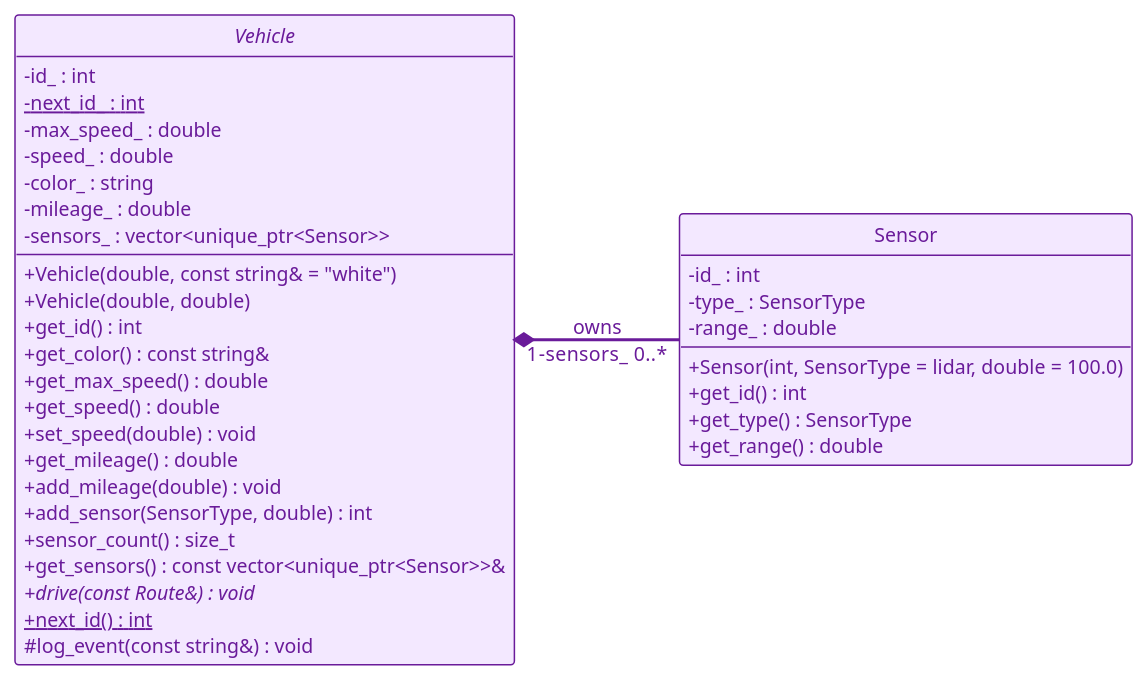
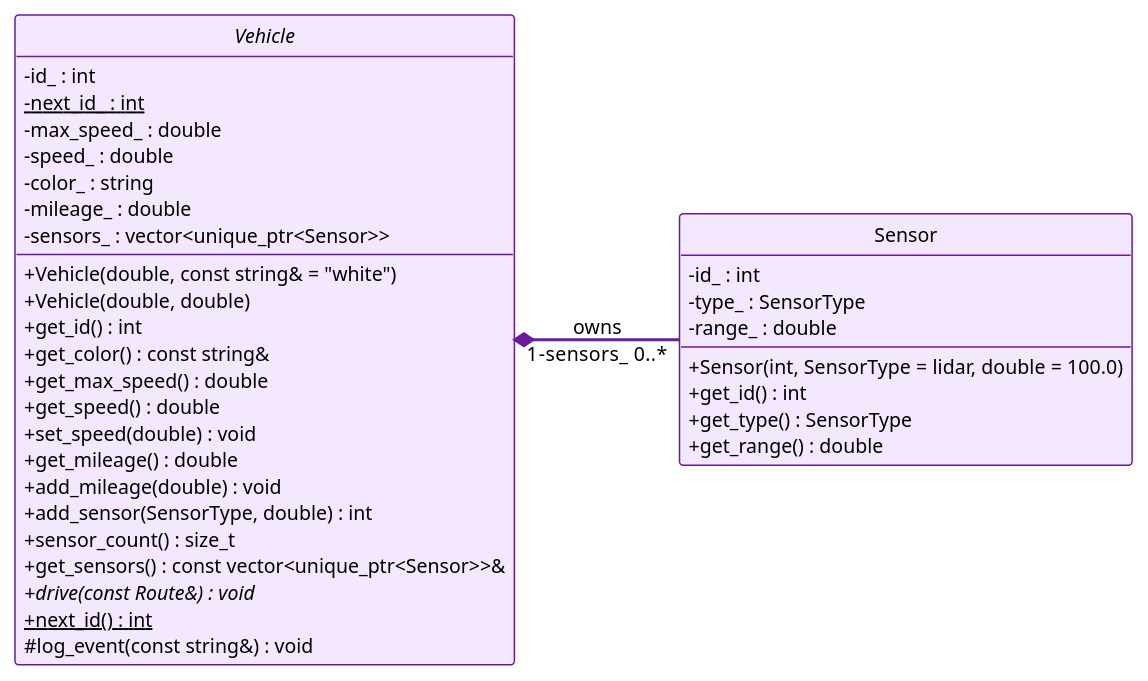
The diagram in project/week9/uml/model_l9_composition_sensor_members.plantuml (zeidk/enpm702-fall-2026-cpp), drawn with PlantUML before and after one commit. The commit also changed 39 other files, not shown here.

```diff
--- a/project/week9/uml/model_l9_composition_sensor_members.plantuml
+++ b/project/week9/uml/model_l9_composition_sensor_members.plantuml
@@ -1,53 +1,53 @@
 @startuml model_l9_composition_sensor_members
 ' Generated for the slides.
 !theme mono
 skinparam backgroundColor white
 skinparam defaultFontName "Fira Sans"
 skinparam defaultFontSize 13
 skinparam shadowing false
 skinparam classAttributeIconSize 0
 skinparam nodesep 30
 skinparam ranksep 75
 skinparam ArrowThickness 1.5
 hide circle
 hide empty members
 
 
 left to right direction
 
-abstract class Vehicle #back:F3E8FF;line:6A1B9A;text:6A1B9A {
+abstract class Vehicle #back:F3E8FF;line:6A1B9A;text:000000 {
   - id_ : int
   - {static} next_id_ : int
   - max_speed_ : double
   - speed_ : double
   - color_ : string
   - mileage_ : double
   - sensors_ : vector<unique_ptr<Sensor>>
   + Vehicle(double, const string& = "white")
   + Vehicle(double, double)
   + get_id() : int
   + get_color() : const string&
   + get_max_speed() : double
   + get_speed() : double
   + set_speed(double) : void
   + get_mileage() : double
   + add_mileage(double) : void
   + add_sensor(SensorType, double) : int
   + sensor_count() : size_t
   + get_sensors() : const vector<unique_ptr<Sensor>>&
   + {abstract} drive(const Route&) : void
   + {static} next_id() : int
   # log_event(const string&) : void
 }
-class Sensor #back:F3E8FF;line:6A1B9A;text:6A1B9A {
+class Sensor #back:F3E8FF;line:6A1B9A;text:000000 {
   - id_ : int
   - type_ : SensorType
   - range_ : double
   + Sensor(int, SensorType = lidar, double = 100.0)
   + get_id() : int
   + get_type() : SensorType
   + get_range() : double
 }
 
-Vehicle "<color:#6A1B9A>1</color>" *-[#6A1B9A,thickness=2]- "<color:#6A1B9A>-sensors_  0..*</color>" Sensor : <color:#6A1B9A>owns</color>
+Vehicle "<color:#000000>1</color>" *-[#6A1B9A,thickness=2]- "<color:#000000>-sensors_  0..*</color>" Sensor : <color:#000000>owns</color>
 @enduml
```
